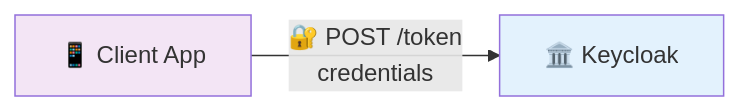
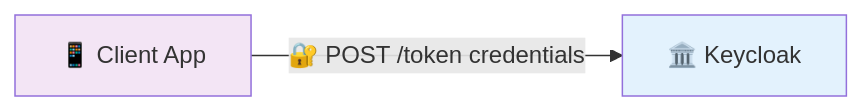
Before and after one commit to lele-maxwell/adorsys-gis-blog3: the second of 5 diagrams in docs/blog/direct-access-grant/slides.md, drawn with Mermaid. The commit also changed other lines of this file, not shown here.

Commit message:
Fix slides.md file to have a better explanation of what the process and what it does and correct explanation of the Direct grant flow

````diff
--- a/docs/blog/direct-access-grant/slides.md
+++ b/docs/blog/direct-access-grant/slides.md
@@ -73,7 +73,7 @@
 ```mermaid
 flowchart LR
-    A[📱 Client App] -->|"🔐 POST /token<br/>credentials"| B[🏛️ Keycloak]
+    A["📱 Client App"] -->|"🔐 POST /token credentials"| B["🏛️ Keycloak"]
     
     style A fill:#f3e5f5
     style B fill:#e3f2fd
 ```
````
